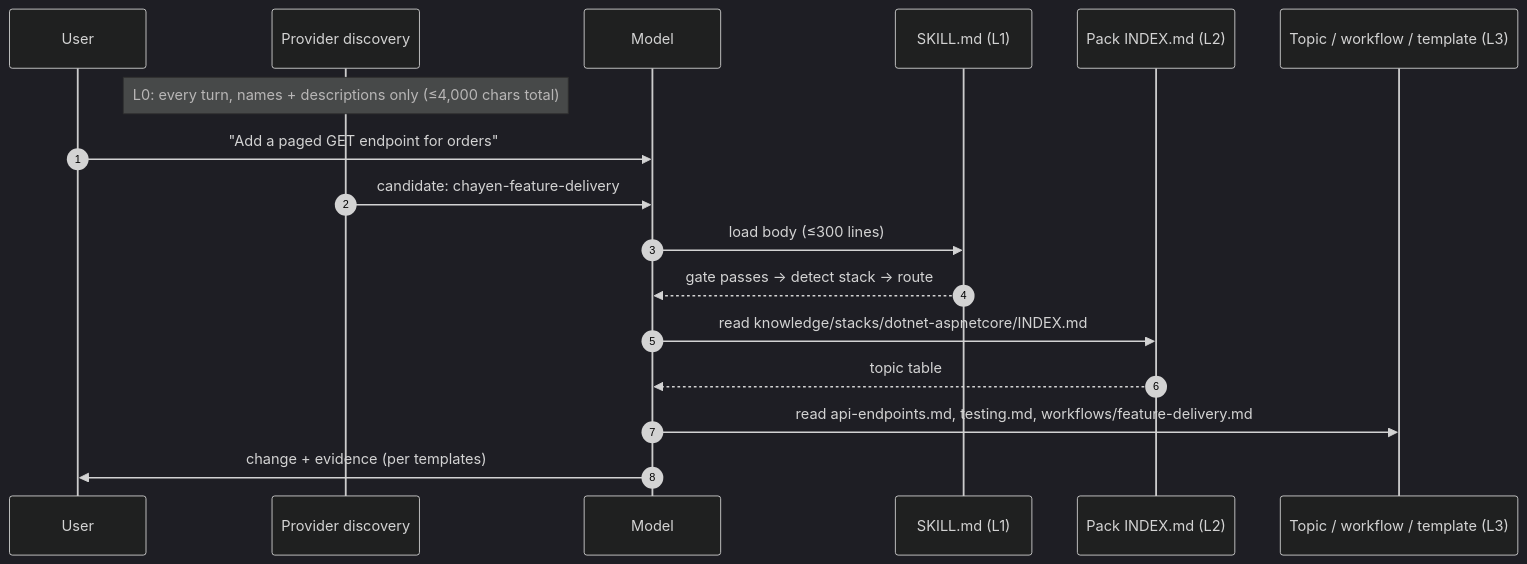
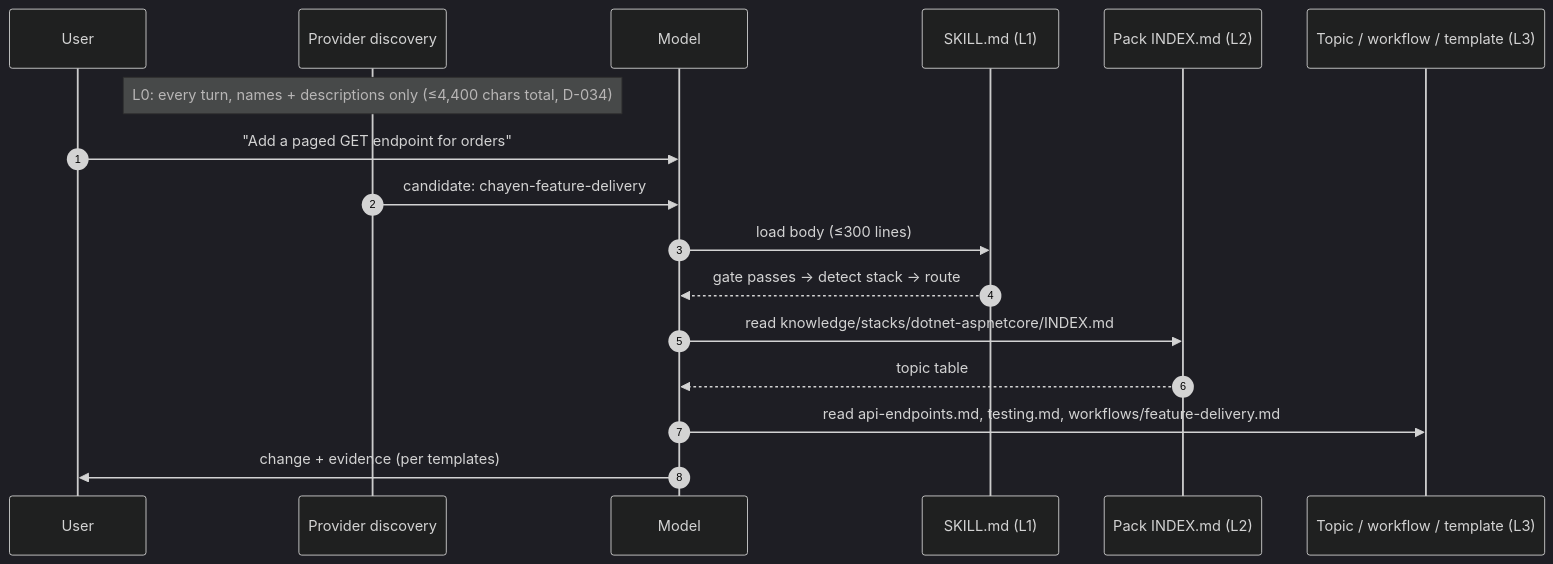
One commit to CodeJaDee/codejadee-chayen-framework changed the third of 6 diagrams in docs/chayen/ARCHITECTURE.md. Above: the diagram before and after it, drawn with Mermaid (dark theme). The commit also changed other lines of this file and 65 other files, not shown here.

````diff
--- a/docs/chayen/ARCHITECTURE.md
+++ b/docs/chayen/ARCHITECTURE.md
@@ -338,19 +338,19 @@
 ```mermaid
 sequenceDiagram
     autonumber
     participant U as User
     participant P as Provider discovery
     participant M as Model
     participant S as SKILL.md (L1)
     participant I as Pack INDEX.md (L2)
     participant T as Topic / workflow / template (L3)
-    Note over P: L0: every turn, names + descriptions only (≤4,000 chars total)
+    Note over P: L0: every turn, names + descriptions only (≤4,400 chars total, D-034)
     U->>M: "Add a paged GET endpoint for orders"
     P->>M: candidate: chayen-feature-delivery
     M->>S: load body (≤300 lines)
     S-->>M: gate passes → detect stack → route
     M->>I: read knowledge/stacks/dotnet-aspnetcore/INDEX.md
     I-->>M: topic table
     M->>T: read api-endpoints.md, testing.md, workflows/feature-delivery.md
     M->>U: change + evidence (per templates)
 ```
````
